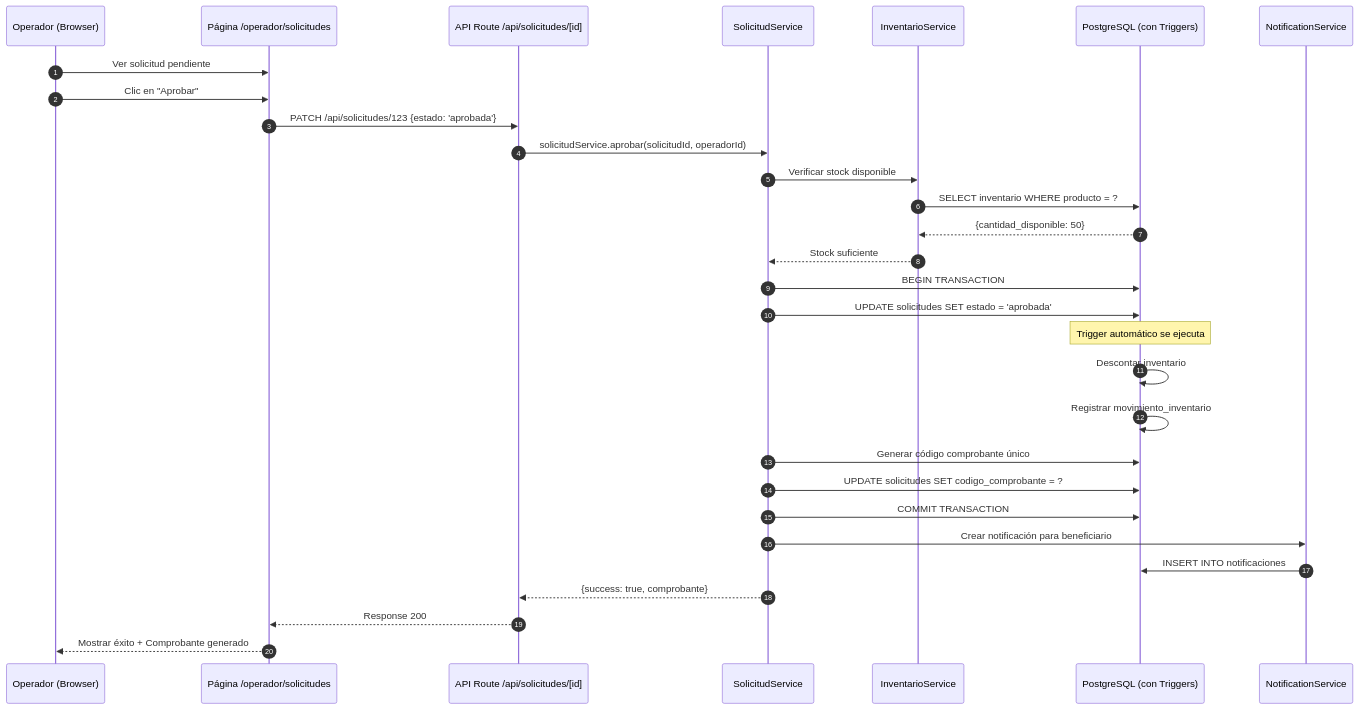
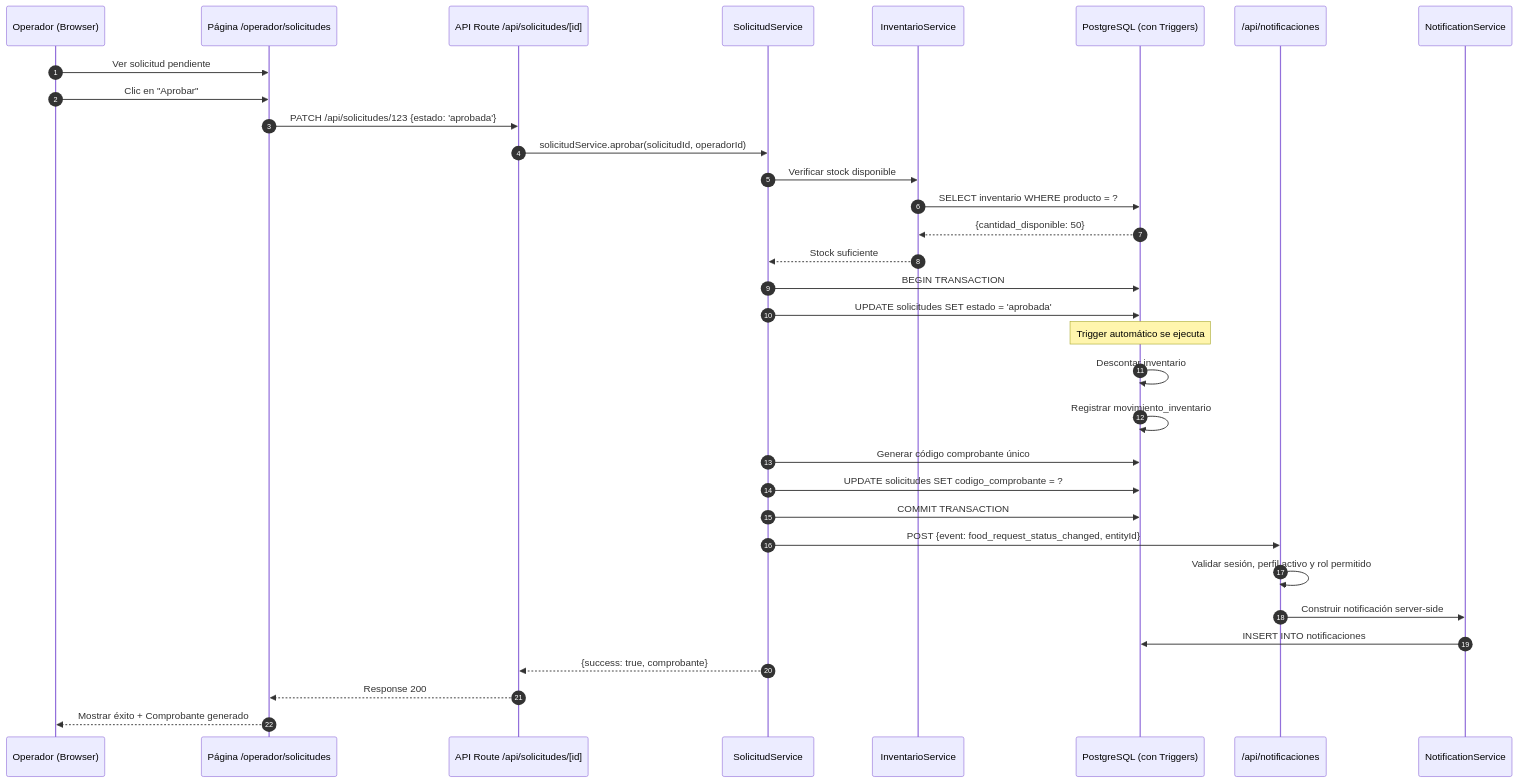
One commit to mintriago123/tesis_banco_alimentos changed the tenth of 13 diagrams in docs/WORKFLOW.md. Above: the diagram before and after it, drawn with Mermaid. The commit also changed other lines of this file and 5 other files, not shown here.

````diff
--- a/docs/WORKFLOW.md
+++ b/docs/WORKFLOW.md
@@ -728,42 +754,45 @@
 ```mermaid
 sequenceDiagram
     autonumber
     participant O as Operador (Browser)
     participant P as Página /operador/solicitudes
     participant API as API Route /api/solicitudes/[id]
     participant S as SolicitudService
     participant IS as InventarioService
     participant DB as PostgreSQL (con Triggers)
+    participant NAPI as /api/notificaciones
     participant NS as NotificationService
     
     O->>P: Ver solicitud pendiente
     O->>P: Clic en "Aprobar"
     P->>API: PATCH /api/solicitudes/123 {estado: 'aprobada'}
     
     API->>S: solicitudService.aprobar(solicitudId, operadorId)
     
     S->>IS: Verificar stock disponible
     IS->>DB: SELECT inventario WHERE producto = ?
     DB-->>IS: {cantidad_disponible: 50}
     IS-->>S: Stock suficiente
     
     S->>DB: BEGIN TRANSACTION
     
     S->>DB: UPDATE solicitudes SET estado = 'aprobada'
     
     Note over DB: Trigger automático se ejecuta
     DB->>DB: Descontar inventario
     DB->>DB: Registrar movimiento_inventario
     
     S->>DB: Generar código comprobante único
     S->>DB: UPDATE solicitudes SET codigo_comprobante = ?
     
     S->>DB: COMMIT TRANSACTION
     
-    S->>NS: Crear notificación para beneficiario
+    S->>NAPI: POST {event: food_request_status_changed, entityId}
+    NAPI->>NAPI: Validar sesión, perfil activo y rol permitido
+    NAPI->>NS: Construir notificación server-side
     NS->>DB: INSERT INTO notificaciones
     
     S-->>API: {success: true, comprobante}
     API-->>P: Response 200
     P-->>O: Mostrar éxito + Comprobante generado
 ```
````
